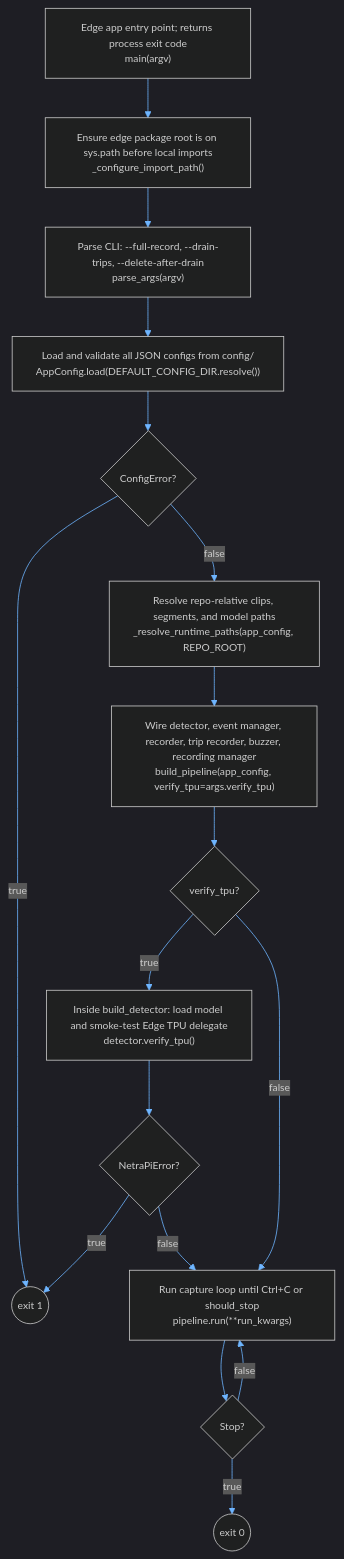
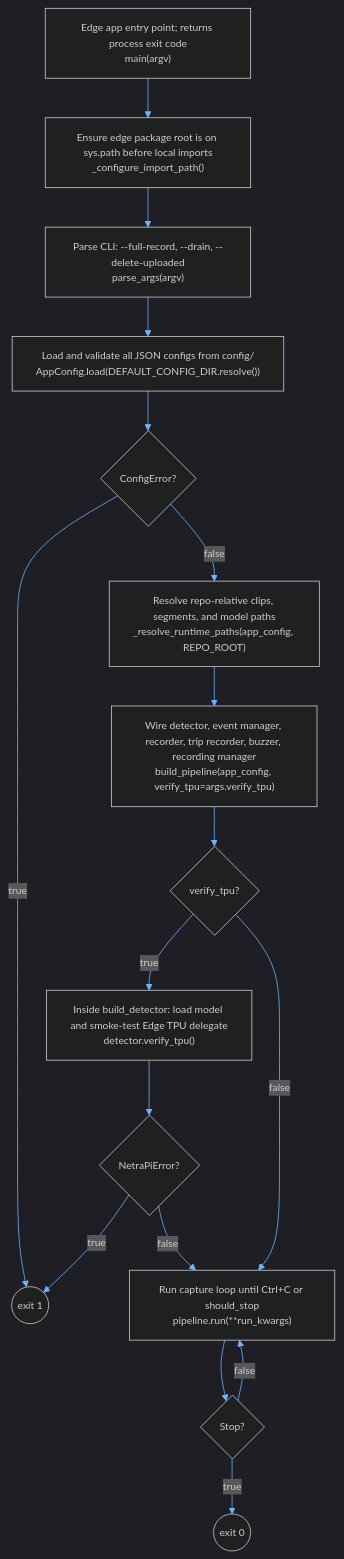
Before and after one commit to GregT7/NetraPi: the first of 15 diagrams in project_management/diagrams/event_clip_pipeline.md, drawn with Mermaid. The commit also changed other lines of this file and 135 other files, not shown here.

````diff
--- a/project_management/diagrams/event_clip_pipeline.md
+++ b/project_management/diagrams/event_clip_pipeline.md
@@ -35,29 +35,29 @@
 ```mermaid
 %%{init: {'theme': 'dark', 'themeVariables': { 'primaryTextColor': '#e6e6e6', 'lineColor': '#6eb5ff', 'fontSize': '13px'}}}%%
 flowchart TB
     MAIN["Edge app entry point; returns process exit code<br/>main(argv)"]
     PATH["Ensure edge package root is on sys.path before local imports<br/>_configure_import_path()"]
-    ARGS["Parse CLI: --full-record, --drain-trips, --delete-after-drain<br/>parse_args(argv)"]
+    ARGS["Parse CLI: --full-record, --drain, --delete-uploaded<br/>parse_args(argv)"]
     LOAD["Load and validate all JSON configs from config/<br/>AppConfig.load(DEFAULT_CONFIG_DIR.resolve())"]
     CE{"ConfigError?"}
     RESOLVE["Resolve repo-relative clips, segments, and model paths<br/>_resolve_runtime_paths(app_config, REPO_ROOT)"]
     BUILD["Wire detector, event manager, recorder, trip recorder, buzzer, recording manager<br/>build_pipeline(app_config, verify_tpu=args.verify_tpu)"]
     VT{"verify_tpu?"}
     VERIFY["Inside build_detector: load model and smoke-test Edge TPU delegate<br/>detector.verify_tpu()"]
     NE{"NetraPiError?"}
     RUN["Run capture loop until Ctrl+C or should_stop<br/>pipeline.run(**run_kwargs)"]
     KI{"Stop?"}
     OK((exit 0))
     ERR1((exit 1))
 
     MAIN --> PATH --> ARGS --> LOAD --> CE
     CE -->|true| ERR1
     CE -->|false| RESOLVE --> BUILD --> VT
     VT -->|true| VERIFY --> NE
     VT -->|false| RUN
     NE -->|true| ERR1
     NE -->|false| RUN
     RUN --> KI
     KI -->|true| OK
     KI -->|false| RUN
 ```
````
